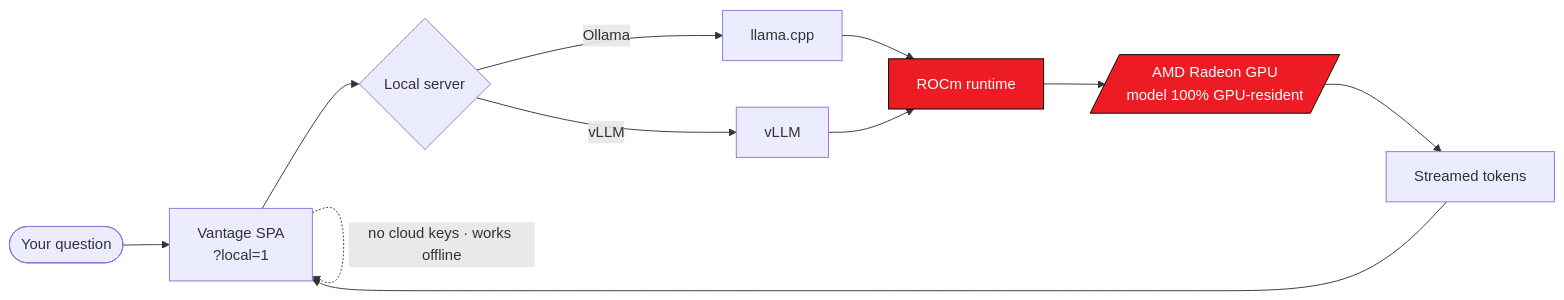
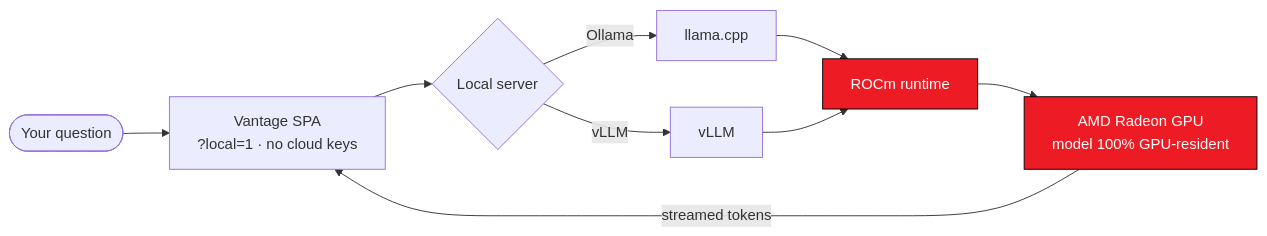
The second of 2 diagrams in README.md (ryanwien/VantageApplication), drawn with Mermaid before and after one commit. The commit also changed 1 other file, not shown here.

Commit message:
Fix README AMD flowchart layout + add poster PDF (A2 landscape)
- README: the AMD/ROCm flowchart rendered badly — a self-loop on the SPA
  node and a cramped "Streamed tokens" node. Fold "no cloud keys" into the
  SPA node and make "streamed tokens" an edge label; switch the GPU node
  from a parallelogram to a plain box so the <br/> renders reliably.
- submission/poster.pdf: single-page A2-landscape export of poster.html
  (594x420mm, backgrounds on). Rendered via Chrome DevTools Protocol with
  an explicit A2 canvas — the plain `chrome --print-to-pdf` CLI ignores the
  CSS @page size and splits the poster across Letter pages.

````diff
--- a/README.md
+++ b/README.md
@@ -72,15 +72,14 @@
 ```mermaid
 flowchart LR
-    Q([Your question]) --> SPA[Vantage SPA<br/>?local=1]
+    Q([Your question]) --> SPA["Vantage SPA<br/>?local=1 · no cloud keys"]
     SPA --> SRV{Local server}
     SRV -->|Ollama| OLL[llama.cpp]
     SRV -->|vLLM| VLL[vLLM]
     OLL --> ROCM[ROCm runtime]
     VLL --> ROCM
-    ROCM --> GPU[/AMD Radeon GPU<br/>model 100% GPU-resident/]
-    GPU --> TOK[Streamed tokens] --> SPA
-    SPA -.no cloud keys · works offline.-> SPA
+    ROCM --> GPU["AMD Radeon GPU<br/>model 100% GPU-resident"]
+    GPU -->|streamed tokens| SPA
 
     classDef amd fill:#ED1C24,stroke:#000,color:#fff;
     class GPU,ROCM amd;
 ```
````
